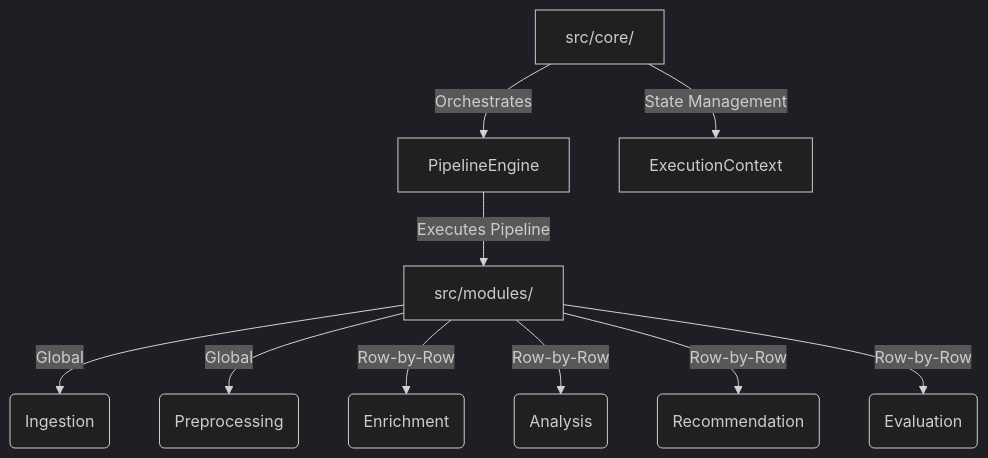
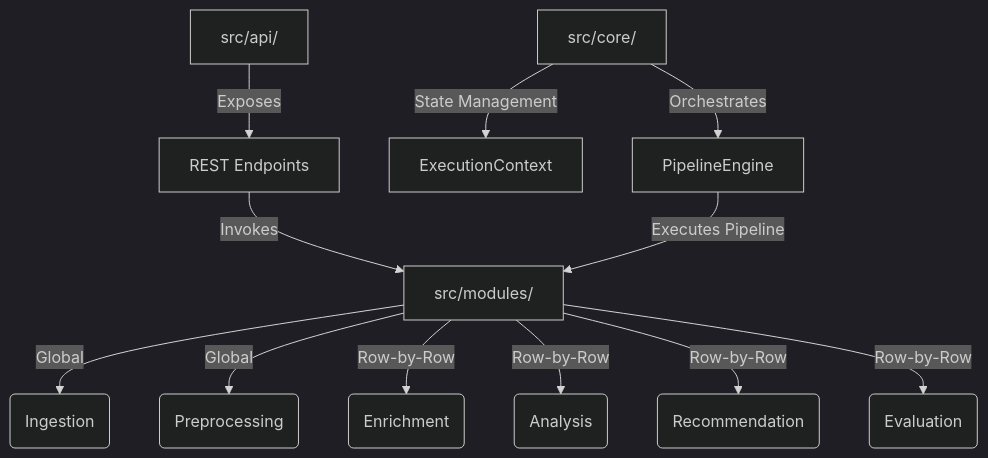
Before and after one commit to WaelMohsen/Team4-MarketingExpert: the first of 4 diagrams in README.md, drawn with Mermaid (dark theme). The commit also changed other lines of this file and 1 other file, not shown here.

Commit message:
feat: add detailed docs for the endpoints

````diff
--- a/README.md
+++ b/README.md
@@ -8,13 +8,16 @@
 ```mermaid
 flowchart TD
     CORE[src/core/] -->|Orchestrates| PE[PipelineEngine]
     CORE -->|State Management| EC[ExecutionContext]
     
-    PE -->|Executes Pipeline| MOD[src/modules/]
+    API[src/api/] -->|Exposes| END[REST Endpoints]
+    END -->|Invokes| MOD[src/modules/]
+    
+    PE -->|Executes Pipeline| MOD
     MOD -->|Global| M1(Ingestion)
     MOD -->|Global| M2(Preprocessing)
     MOD -->|Row-by-Row| M3(Enrichment)
     MOD -->|Row-by-Row| M4(Analysis)
     MOD -->|Row-by-Row| M5(Recommendation)
     MOD -->|Row-by-Row| M6(Evaluation)
 ```
````
